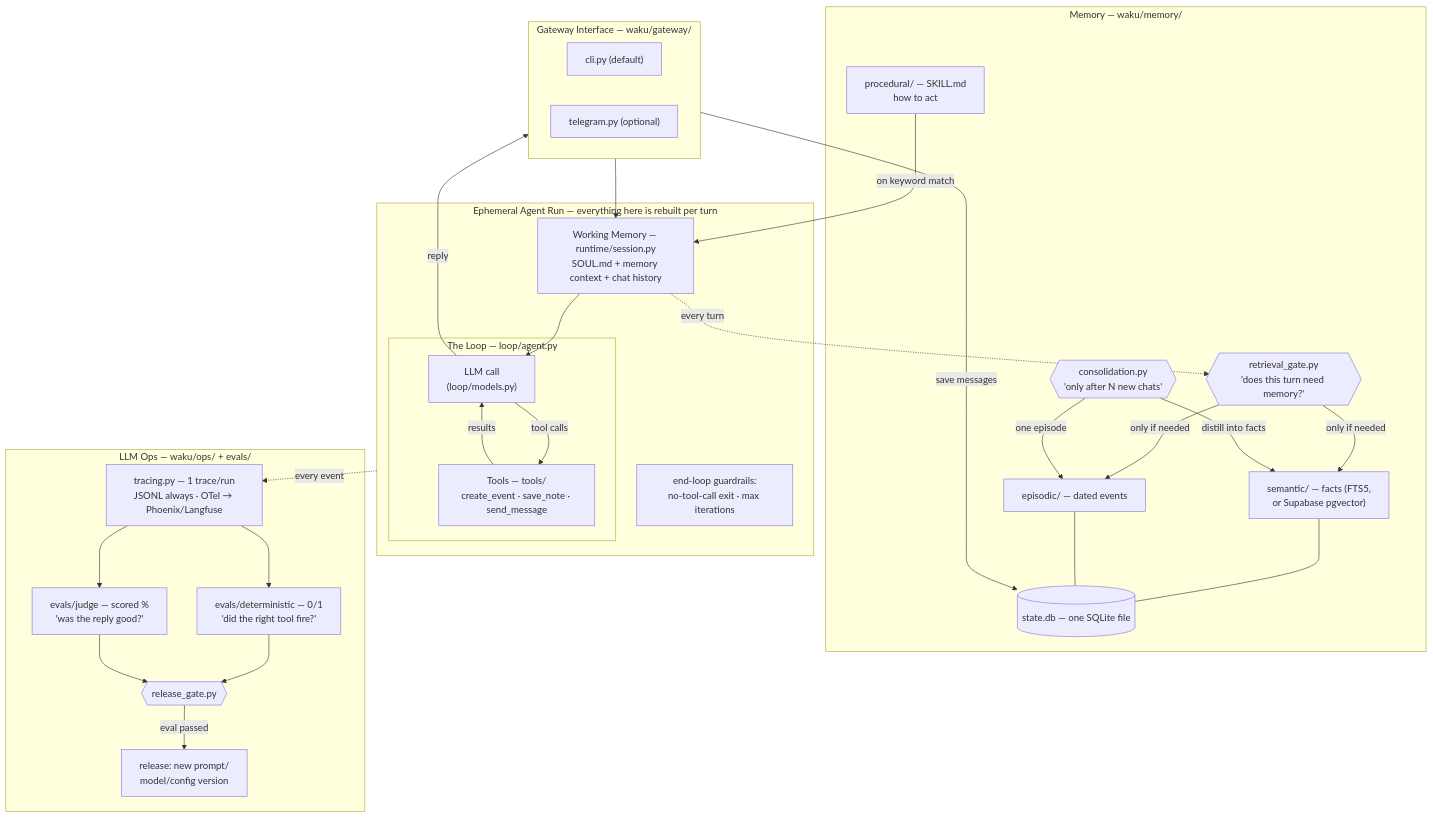
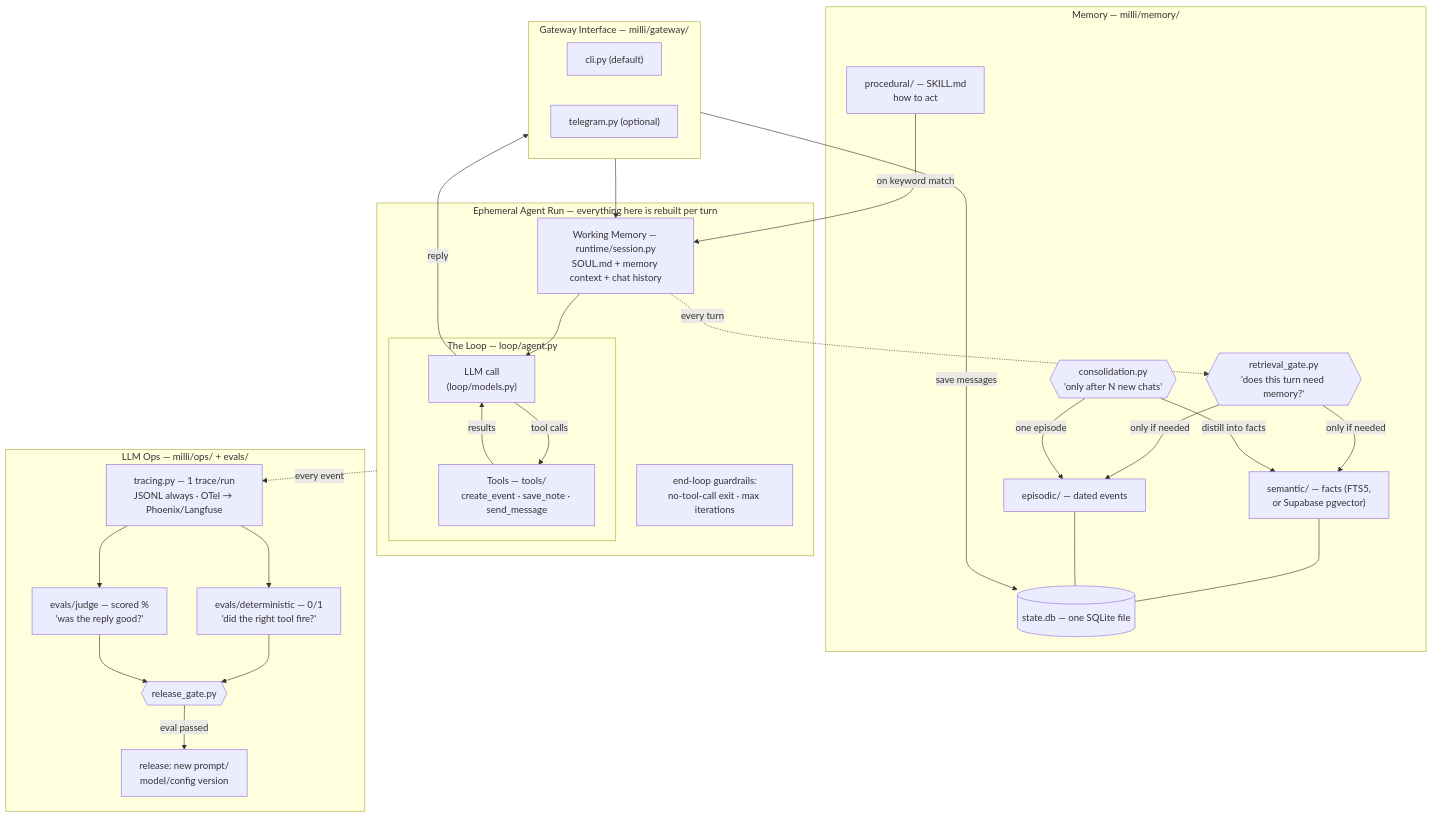
The diagram in docs/architecture.md (ShenSeanChen/waku-agent), drawn with Mermaid before and after one commit. The commit also changed other lines of this file and 246 other files, not shown here.

````diff
--- a/docs/architecture.md
+++ b/docs/architecture.md
@@ -7,48 +7,48 @@
 ```mermaid
 flowchart TB
-    subgraph GW["Gateway Interface — waku/gateway/"]
+    subgraph GW["Gateway Interface — milli/gateway/"]
         CLI["cli.py (default)"]
         TG["telegram.py (optional)"]
     end
 
     subgraph RUN["Ephemeral Agent Run — everything here is rebuilt per turn"]
         WM["Working Memory — runtime/session.py<br/>SOUL.md + memory context + chat history"]
         subgraph LOOP["The Loop — loop/agent.py"]
             LLM["LLM call<br/>(loop/models.py)"]
             TOOLS["Tools — tools/<br/>create_event · save_note · send_message"]
             LLM -->|tool calls| TOOLS -->|results| LLM
         end
         WM --> LLM
         GUARD["end-loop guardrails:<br/>no-tool-call exit · max iterations"]
     end
 
     GW --> WM
     LLM -->|reply| GW
 
-    subgraph MEM["Memory — waku/memory/"]
+    subgraph MEM["Memory — milli/memory/"]
         GATE{{"retrieval_gate.py<br/>'does this turn need memory?'"}}
         PROC["procedural/ — SKILL.md<br/>how to act"]
         SEM["semantic/ — facts (FTS5,<br/>or Supabase pgvector)"]
         EPI["episodic/ — dated events"]
         CONS{{"consolidation.py<br/>'only after N new chats'"}}
         DB[("state.db — one SQLite file")]
     end
 
     WM -.->|every turn| GATE
     GATE -->|only if needed| SEM & EPI
     PROC -->|on keyword match| WM
     GW -->|save messages| DB
     CONS -->|distill into facts| SEM
     CONS -->|one episode| EPI
     SEM & EPI --- DB
 
-    subgraph OPS["LLM Ops — waku/ops/ + evals/"]
+    subgraph OPS["LLM Ops — milli/ops/ + evals/"]
         TRACE["tracing.py — 1 trace/run<br/>JSONL always · OTel → Phoenix/Langfuse"]
         DET["evals/deterministic — 0/1<br/>'did the right tool fire?'"]
         JUDGE["evals/judge — scored %<br/>'was the reply good?'"]
         RGATE{{"release_gate.py"}}
         TRACE --> DET & JUDGE --> RGATE -->|eval passed| SHIP["release: new prompt/<br/>model/config version"]
     end
 
     RUN -.->|every event| TRACE
 ```
````
